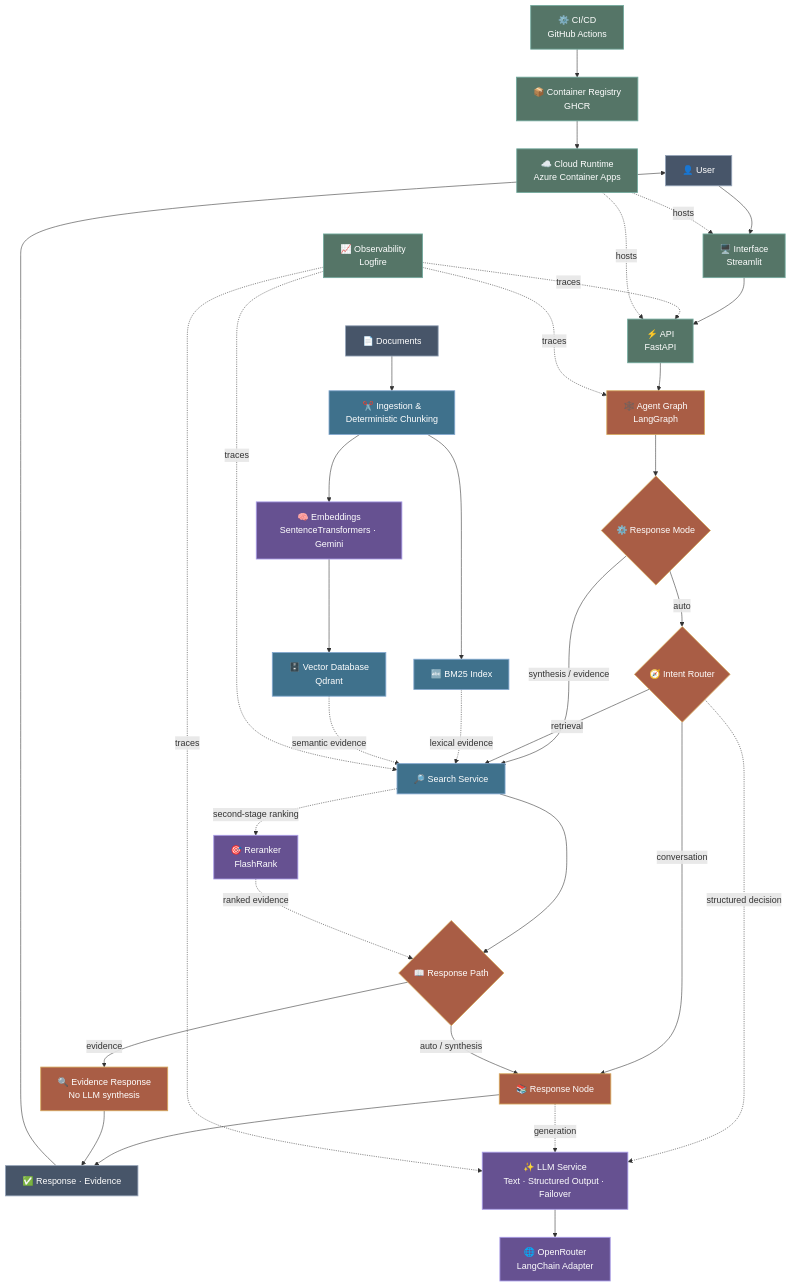
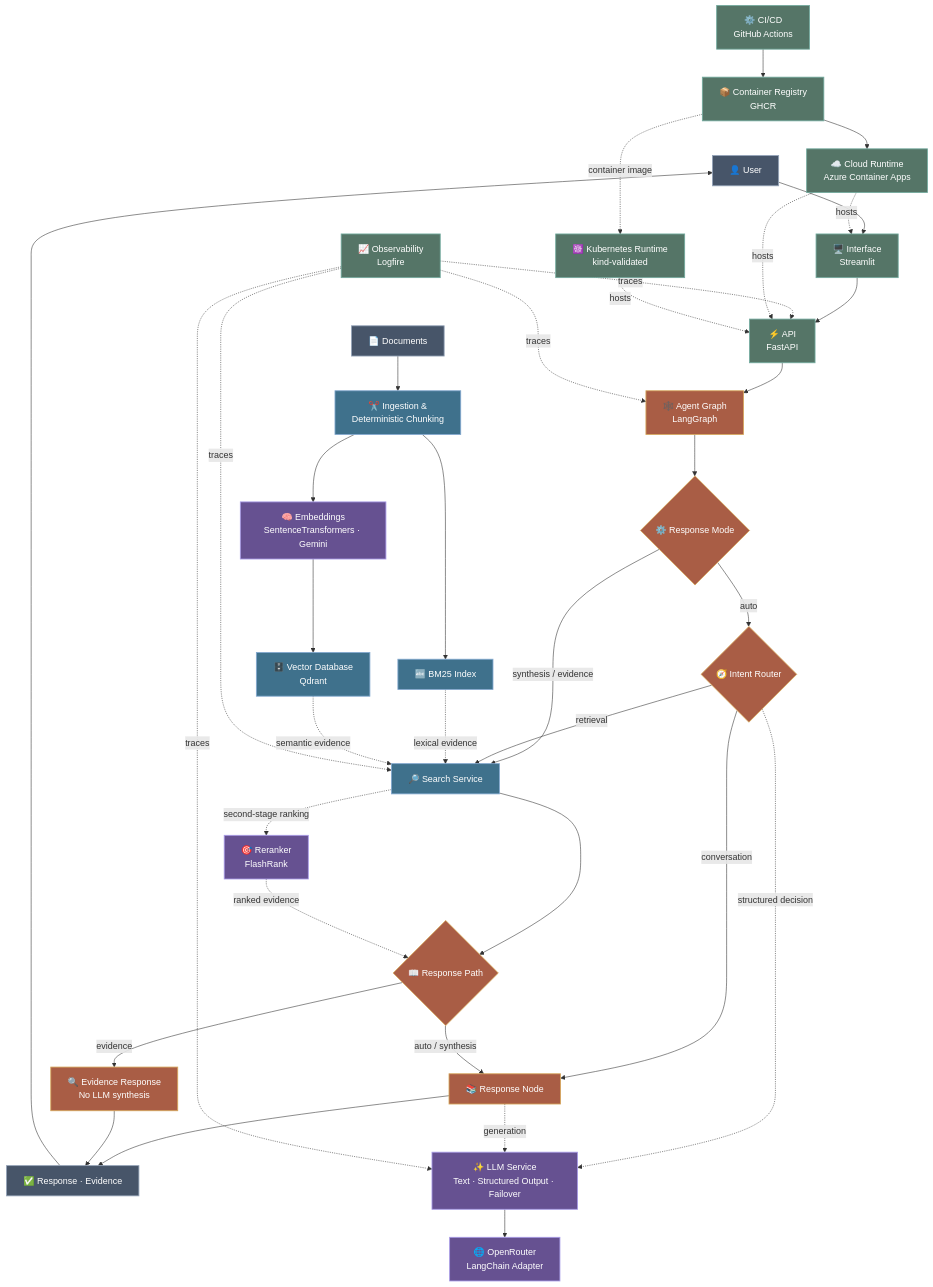
The diagram in README.md (bksampadi/SignalRank-RAG), drawn with Mermaid before and after one commit. The commit also changed other lines of this file and 8 other files, not shown here.

Commit message:
Add Kubernetes runtime for SignalRank

```diff
--- a/README.md
+++ b/README.md
@@ -158,10 +158,15 @@
     CI["⚙️ CI/CD<br/>GitHub Actions"]
     REG["📦 Container Registry<br/>GHCR"]
     AZ["☁️ Cloud Runtime<br/>Azure Container Apps"]
+    K8S["☸️ Kubernetes Runtime<br/>kind-validated"]
 
-    CI --> REG --> AZ
+    CI --> REG
+    REG --> AZ
+    REG -. container image .-> K8S
+
     AZ -. hosts .-> UI
     AZ -. hosts .-> API
+    K8S -. hosts .-> API
 
 
     %% =========================
@@ -171,7 +176,7 @@
     class EMB,RR,LLMS,OR ai
     class ING,BM,QD,RET rag
     class GRAPH,MODE,ROUTER,RESP,DECIDE,EVID agentic
-    class UI,API,OBS,CI,REG,AZ platform
+    class UI,API,OBS,CI,REG,AZ,K8S platform
     class DOCS,USER,RESULT neutral
 
     classDef ai fill:#665191,stroke:#A99CE8,stroke-width:1.5px,color:#ffffff
```
